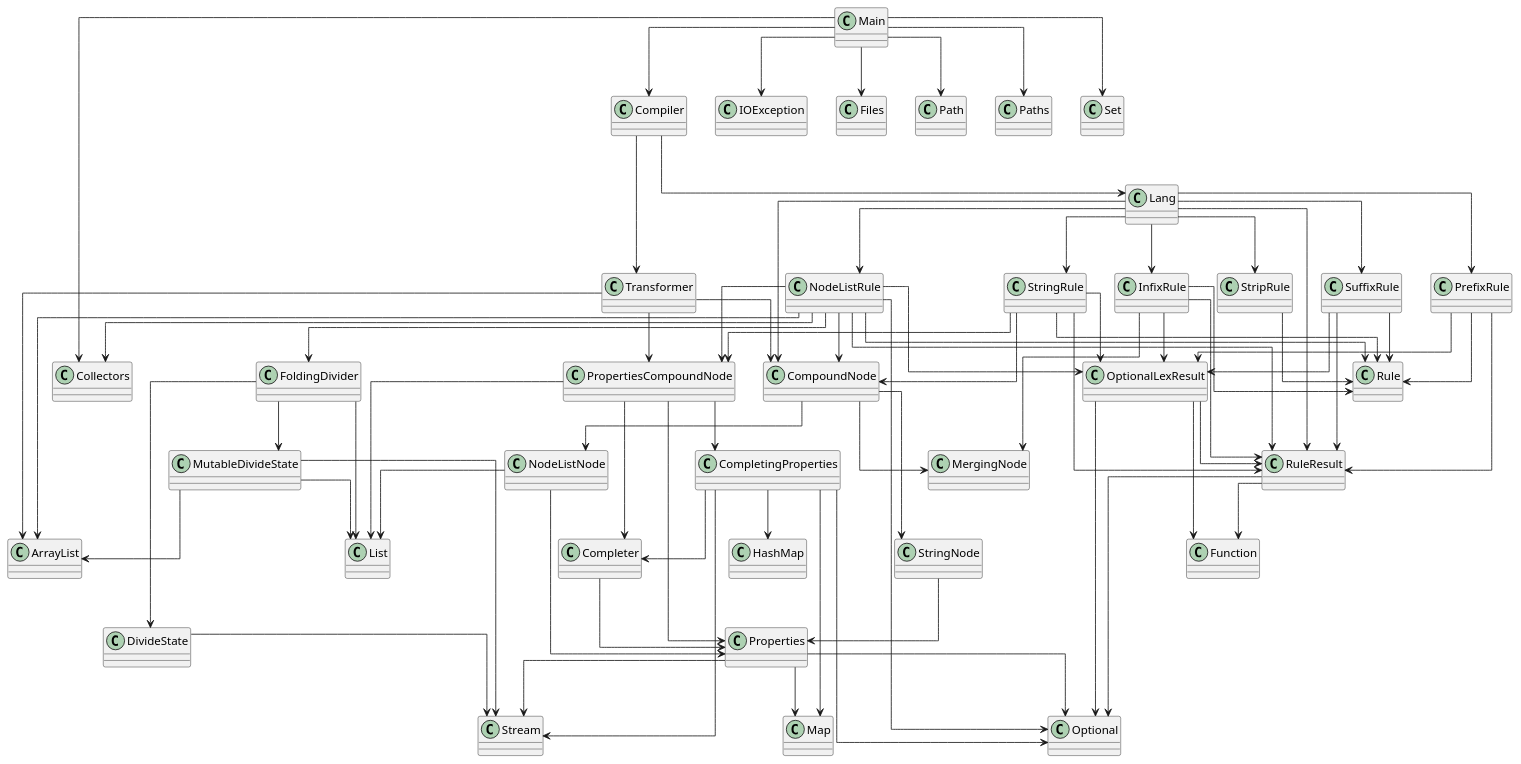
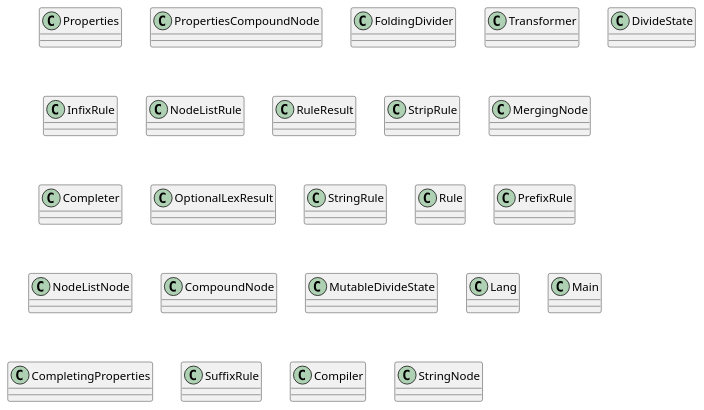
One commit to SirMathhman/Magma changed the diagram in diagram.puml. Above: the diagram before and after it, drawn with PlantUML. The commit also changed 3 other files, not shown here.

```diff
--- a/diagram.puml
+++ b/diagram.puml
@@ -1,103 +1,27 @@
 @startuml
 skinparam linetype ortho
 class Properties
-Properties --> Map
-Properties --> Optional
-Properties --> Stream
 class PropertiesCompoundNode
-PropertiesCompoundNode --> CompletingProperties
-PropertiesCompoundNode --> Properties
-PropertiesCompoundNode --> Completer
-PropertiesCompoundNode --> List
 class FoldingDivider
-FoldingDivider --> DivideState
-FoldingDivider --> MutableDivideState
-FoldingDivider --> List
 class Transformer
-Transformer --> CompoundNode
-Transformer --> PropertiesCompoundNode
-Transformer --> ArrayList
 class DivideState
-DivideState --> Stream
 class InfixRule
-InfixRule --> Rule
-InfixRule --> MergingNode
-InfixRule --> RuleResult
-InfixRule --> OptionalLexResult
 class NodeListRule
-NodeListRule --> Rule
-NodeListRule --> CompoundNode
-NodeListRule --> PropertiesCompoundNode
-NodeListRule --> FoldingDivider
-NodeListRule --> RuleResult
-NodeListRule --> OptionalLexResult
-NodeListRule --> ArrayList
-NodeListRule --> Optional
-NodeListRule --> Collectors
 class RuleResult
-RuleResult --> Optional
-RuleResult --> Function
 class StripRule
-StripRule --> Rule
 class MergingNode
 class Completer
-Completer --> Properties
 class OptionalLexResult
-OptionalLexResult --> RuleResult
-OptionalLexResult --> Optional
-OptionalLexResult --> Function
 class StringRule
-StringRule --> Rule
-StringRule --> CompoundNode
-StringRule --> PropertiesCompoundNode
-StringRule --> RuleResult
-StringRule --> OptionalLexResult
 class Rule
 class PrefixRule
-PrefixRule --> Rule
-PrefixRule --> RuleResult
-PrefixRule --> OptionalLexResult
 class NodeListNode
-NodeListNode --> Properties
-NodeListNode --> List
 class CompoundNode
-CompoundNode --> MergingNode
-CompoundNode --> NodeListNode
-CompoundNode --> StringNode
 class MutableDivideState
-MutableDivideState --> ArrayList
-MutableDivideState --> List
-MutableDivideState --> Stream
 class Lang
-Lang --> CompoundNode
-Lang --> NodeListRule
-Lang --> InfixRule
-Lang --> PrefixRule
-Lang --> StringRule
-Lang --> StripRule
-Lang --> SuffixRule
-Lang --> RuleResult
 class Main
-Main --> Compiler
-Main --> IOException
-Main --> Files
-Main --> Path
-Main --> Paths
-Main --> Set
-Main --> Collectors
 class CompletingProperties
-CompletingProperties --> Completer
-CompletingProperties --> HashMap
-CompletingProperties --> Map
-CompletingProperties --> Optional
-CompletingProperties --> Stream
 class SuffixRule
-SuffixRule --> Rule
-SuffixRule --> RuleResult
-SuffixRule --> OptionalLexResult
 class Compiler
-Compiler --> Lang
-Compiler --> Transformer
 class StringNode
-StringNode --> Properties
 @enduml
```
